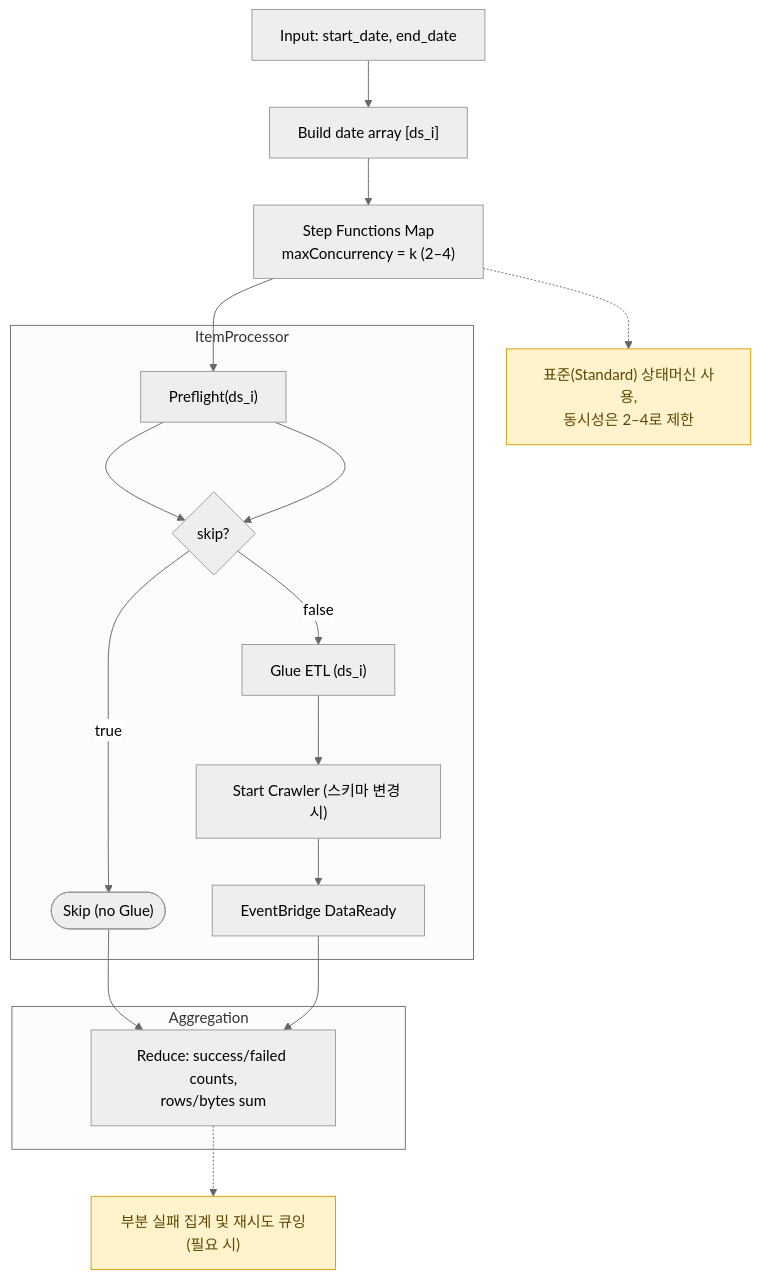
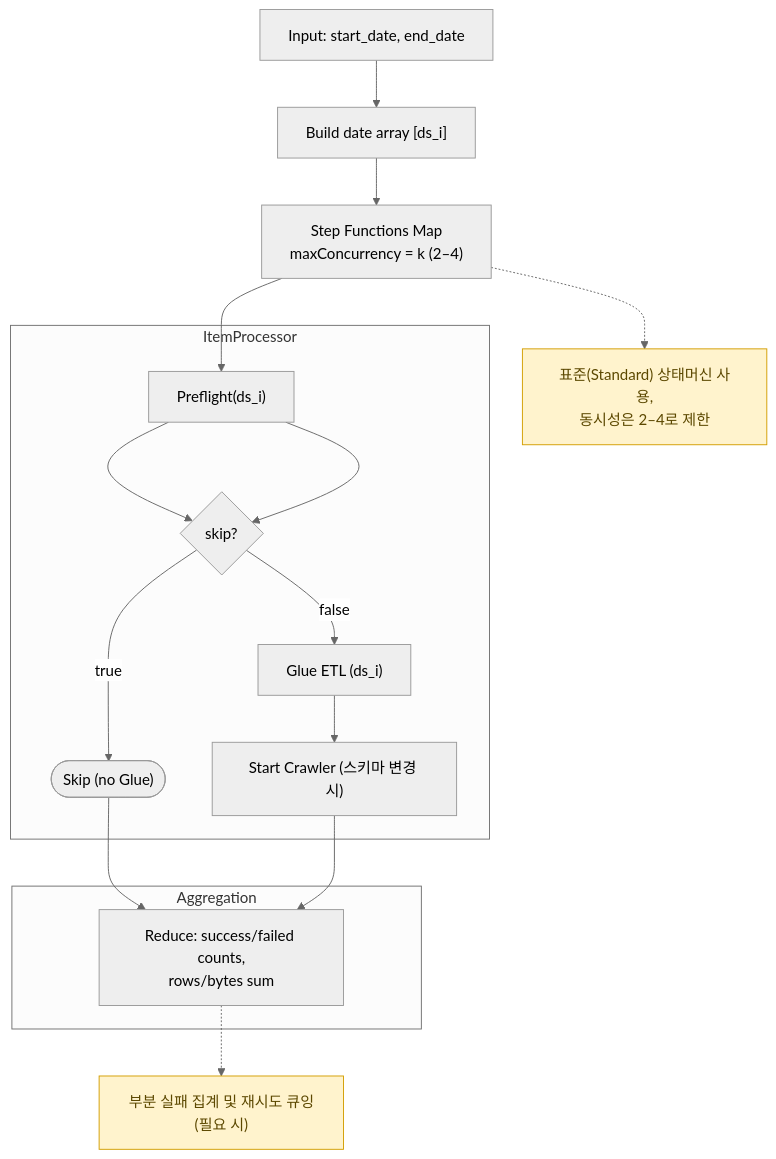
Before and after one commit to keemgdeok/fin-forge-pipeline: the diagram in docs/diagrams/transform/05-backfill-map.md, drawn with Mermaid (neutral theme). The commit also changed 5 other files, not shown here.

````diff
--- a/docs/diagrams/transform/05-backfill-map.md
+++ b/docs/diagrams/transform/05-backfill-map.md
@@ -1,30 +1,29 @@
 ```mermaid
 flowchart TD
   A["Input: start_date, end_date"] --> B["Build date array [ds_i]"]
   B --> M["Step Functions Map<br/>maxConcurrency = k (2–4)"]
 
   subgraph ItemProcessor
     I1["Preflight(ds_i)"] --> J{skip?}
     J -->|true| SKIP(["Skip (no Glue)"])
     J -->|false| G["Glue ETL (ds_i)"]
     G --> CR["Start Crawler (스키마 변경 시)"]
-    CR --> EV["EventBridge DataReady"]
     
   end
 
   M --> I1
   I1 --> J
   SKIP --> Z
-  EV --> Z
+  CR --> Z
   subgraph Aggregation
     Z["Reduce: success/failed counts,<br/>rows/bytes sum"]
   end
 
   %% Notes
   N1["표준(Standard) 상태머신 사용,<br/>동시성은 2–4로 제한"]:::note
   N2["부분 실패 집계 및 재시도 큐잉(필요 시)"]:::note
   M -.-> N1
   Z -.-> N2
 
   classDef note fill:#fff3cd,stroke:#d39e00,color:#5c4800;
 ```
````
